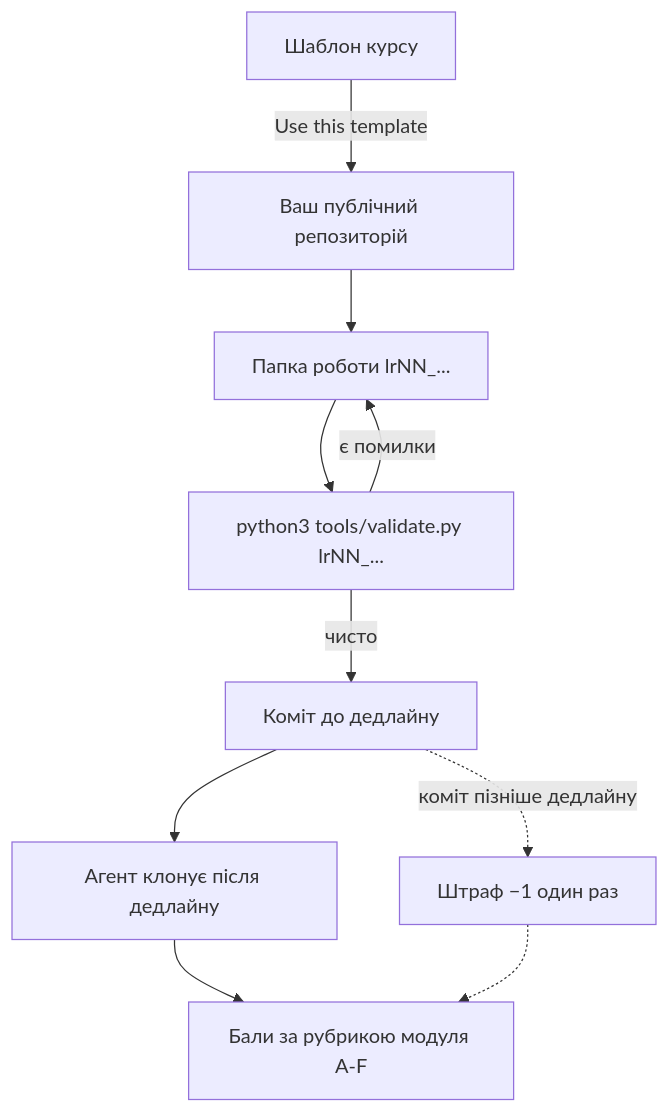
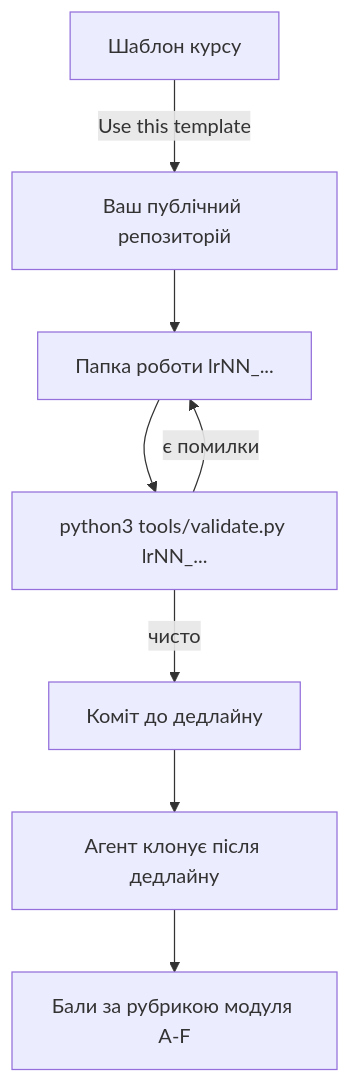
One commit to LyahovchukSergiy/pm-2026-template changed the diagram in README.md. Above: the diagram before and after it, drawn with Mermaid. The commit also changed other lines of this file and 1 other file, not shown here.

````diff
--- a/README.md
+++ b/README.md
@@ -63,12 +63,10 @@
 ```mermaid
 flowchart TD
   T["Шаблон курсу"] -->|Use this template| R["Ваш публічний репозиторій"]
   R --> W["Папка роботи lrNN_..."]
   W --> V["python3 tools/validate.py lrNN_..."]
   V -->|є помилки| W
   V -->|чисто| C["Коміт до дедлайну"]
   C --> A["Агент клонує після дедлайну"]
   A --> S["Бали за рубрикою модуля A-F"]
-  C -.->|коміт пізніше дедлайну| P["Штраф −1 один раз"]
-  P -.-> S
 ```
````
